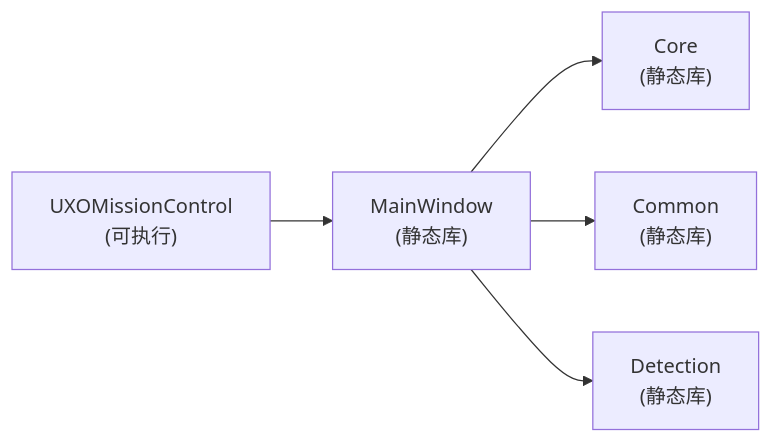
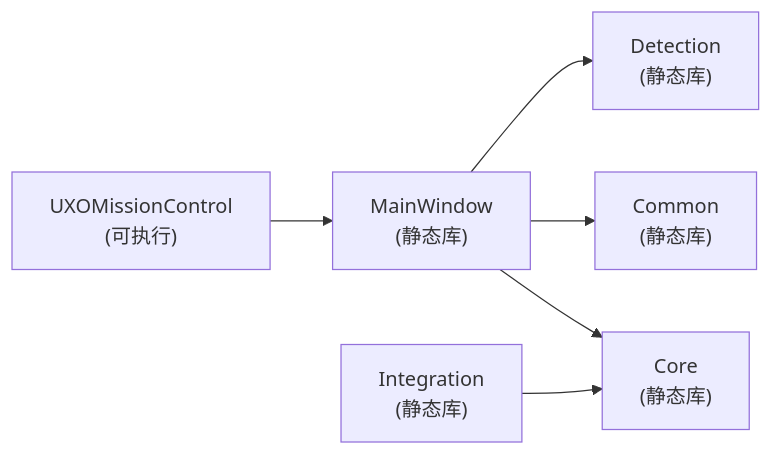
The first of 3 diagrams in docs/ARCHITECTURE.md (wbzzzd/UXO_v1), drawn with Mermaid before and after one commit. The commit also changed other lines of this file and 23 other files, not shown here.

````diff
--- a/docs/ARCHITECTURE.md
+++ b/docs/ARCHITECTURE.md
@@ -24,7 +24,8 @@
 ```mermaid
 flowchart LR
     App["UXOMissionControl<br/>(可执行)"] --> MainWindow["MainWindow<br/>(静态库)"]
     MainWindow --> Core["Core<br/>(静态库)"]
     MainWindow --> Common["Common<br/>(静态库)"]
     MainWindow --> Detection["Detection<br/>(静态库)"]
+    Integration["Integration<br/>(静态库)"] --> Core
 ```
````
